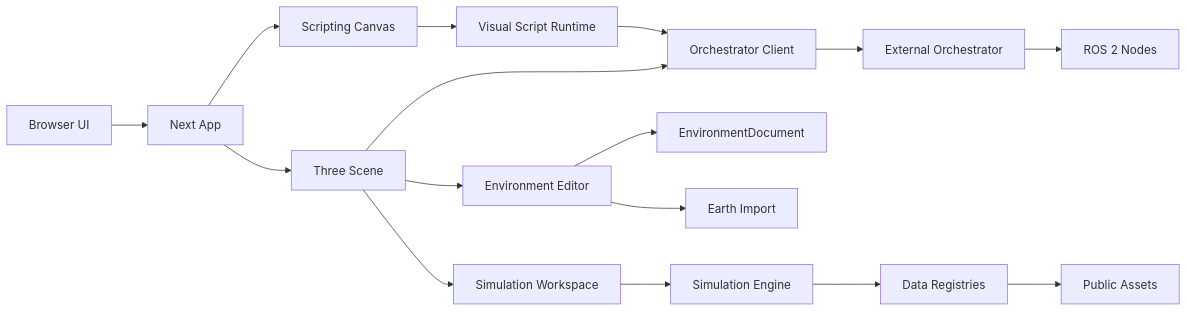
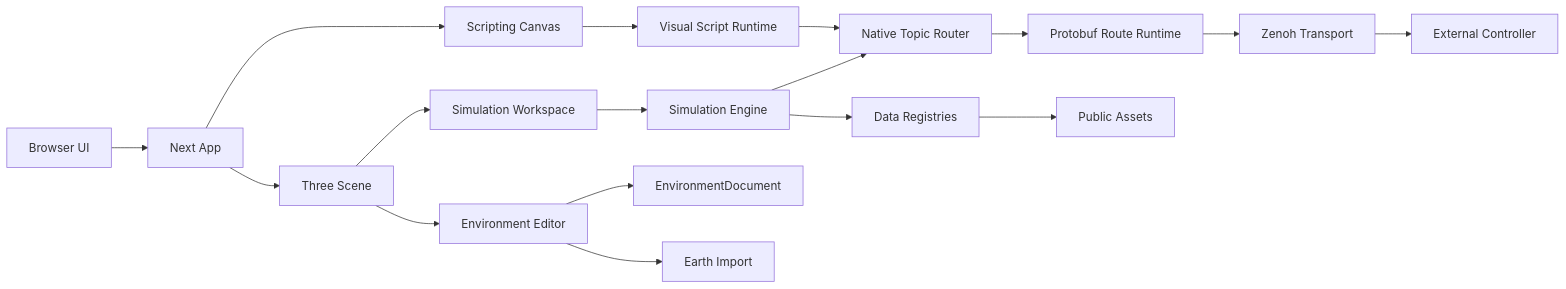
The first of 2 diagrams in docs/architecture.md (cornellev/ev-sim), drawn with Mermaid before and after one commit. The commit also changed other lines of this file and 226 other files, not shown here.

````diff
--- a/docs/architecture.md
+++ b/docs/architecture.md
@@ -12,18 +12,19 @@
 ```mermaid
 flowchart LR
   userBrowser[Browser UI] --> nextApp[Next App]
   nextApp --> scriptingCanvas[Scripting Canvas]
   nextApp --> threeScene[Three Scene]
   threeScene --> simWorkspace[Simulation Workspace]
   threeScene --> envWorkspace[Environment Editor]
   scriptingCanvas --> scriptRuntime[Visual Script Runtime]
   simWorkspace --> simEngine[Simulation Engine]
   envWorkspace --> envDoc[EnvironmentDocument]
   envWorkspace --> earthImport[Earth Import]
-  scriptRuntime --> orchestratorClient[Orchestrator Client]
-  threeScene --> orchestratorClient
-  orchestratorClient --> externalOrchestrator[External Orchestrator]
-  externalOrchestrator --> ros2Nodes[ROS 2 Nodes]
+  scriptRuntime --> topicRouter[Native Topic Router]
+  simEngine --> topicRouter
+  topicRouter --> protobufRoutes[Protobuf Route Runtime]
+  protobufRoutes --> zenoh[Zenoh Transport]
+  zenoh --> controller[External Controller]
   simEngine --> sceneData[Data Registries]
   sceneData --> assets[Public Assets]
 ```
````
